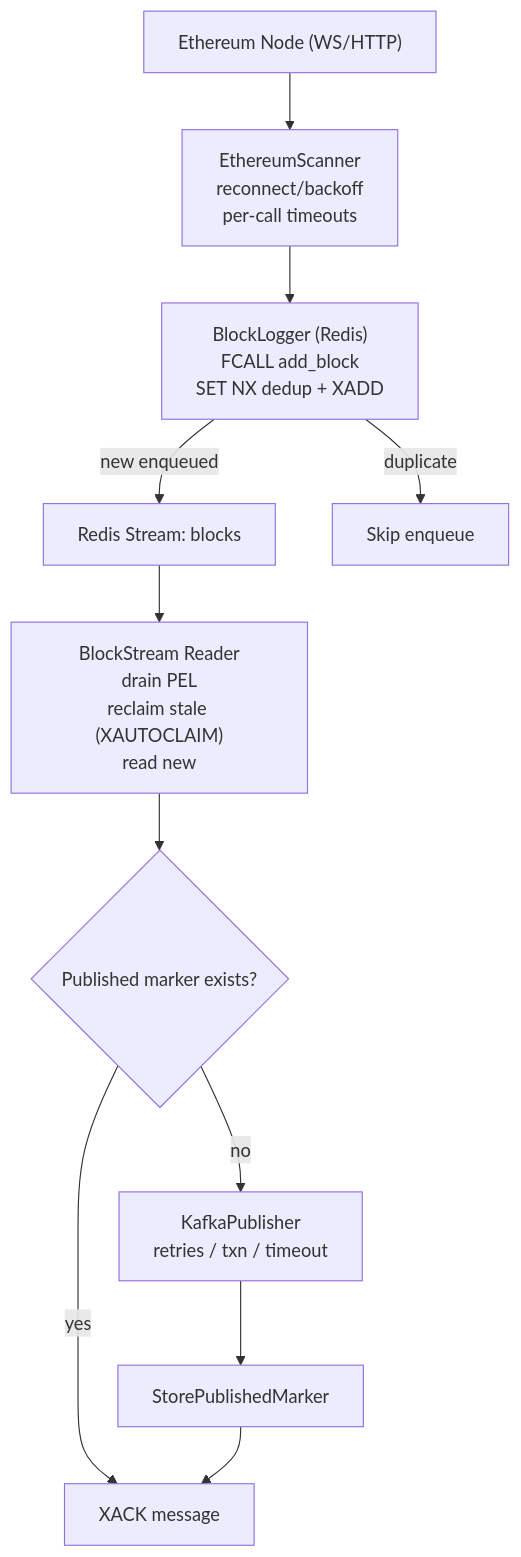
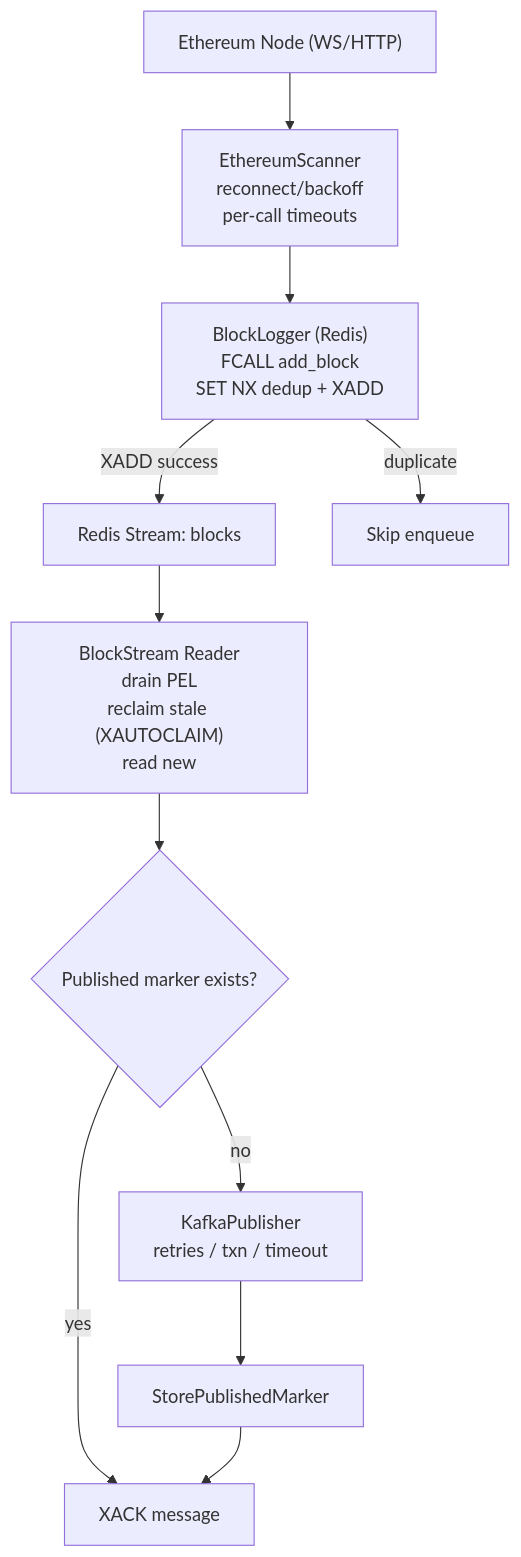
One commit to pancudaniel7/blockscan-ethereum-service changed the diagram in docs/e2e-flow.md. Above: the diagram before and after it, drawn with Mermaid.

Commit message:
refactor(docs): Refactor e2e diagram

````diff
--- a/docs/e2e-flow.md
+++ b/docs/e2e-flow.md
@@ -3,16 +3,16 @@
 ```mermaid
 flowchart TD
   A["Ethereum Node (WS/HTTP)"] --> B["EthereumScanner<br/>reconnect/backoff<br/>per-call timeouts"]
   B --> C["BlockLogger (Redis)<br/>FCALL add_block<br/>SET NX dedup + XADD"]
 
-  C -- "new enqueued" --> D["Redis Stream: blocks"]
+  C -- "XADD success" --> D["Redis Stream: blocks"]
   C -- duplicate --> J["Skip enqueue"]
 
   D --> E["BlockStream Reader<br/>drain PEL<br/>reclaim stale (XAUTOCLAIM)<br/>read new"]
   E --> F{"Published marker exists?"}
 
   F -- yes --> I["XACK message"]
   F -- no --> G["KafkaPublisher<br/>retries / txn / timeout"]
   G --> H["StorePublishedMarker"]
   H --> I
 ```
````
